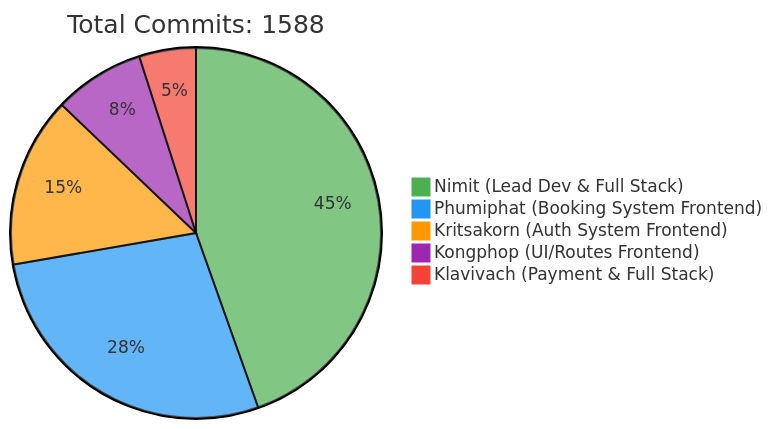
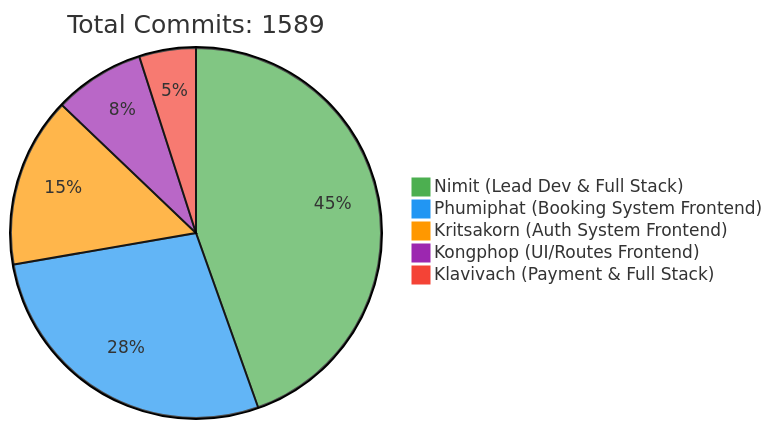
The first of 2 diagrams in README.md (6531503042/Sport-Complex), drawn with Mermaid before and after one commit. The commit also changed other lines of this file, not shown here.

Commit message:
docs: Update contributor statistics [skip ci]

````diff
--- a/README.md
+++ b/README.md
@@ -257,10 +257,10 @@
 ```mermaid
 %%{init: {'theme': 'base', 'themeVariables': { 'pie1': '#4CAF50', 'pie2': '#2196F3', 'pie3': '#FF9800', 'pie4': '#9C27B0', 'pie5': '#F44336'}}}%%
 pie
-    title Total Commits: 1588
+    title Total Commits: 1589
     "Nimit (Lead Dev & Full Stack)" : 450
     "Phumiphat (Booking System Frontend)" : 280
     "Kritsakorn (Auth System Frontend)" : 150
     "Kongphop (UI/Routes Frontend)" : 80
     "Klavivach (Payment & Full Stack)" : 50
 ```
````
